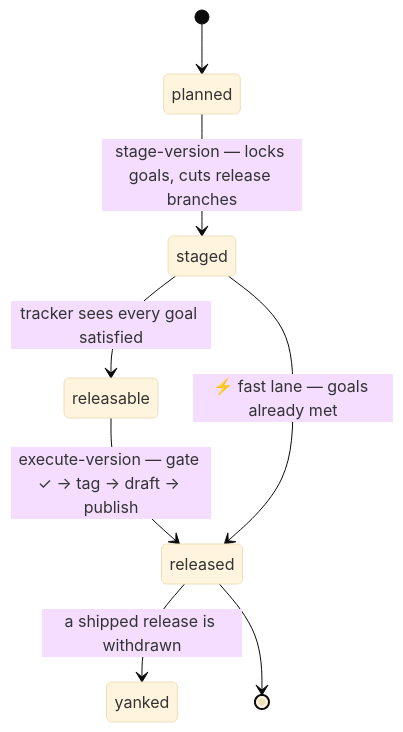
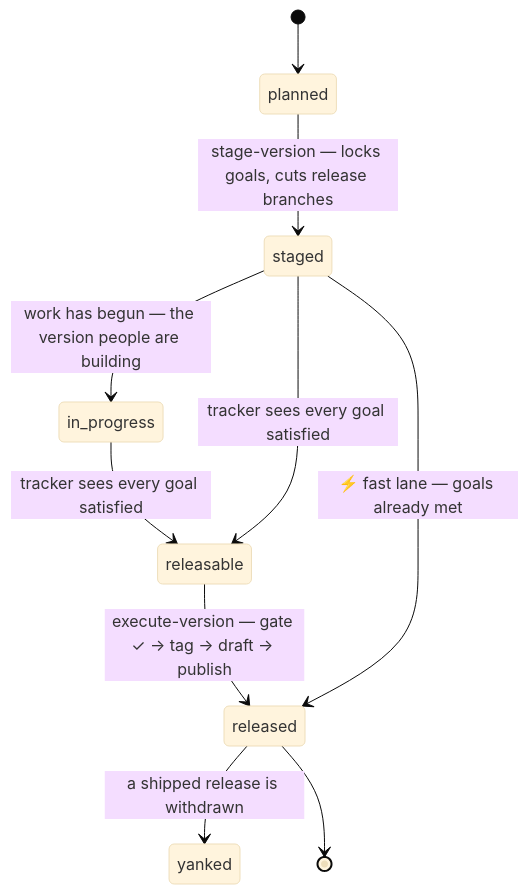
One commit to lemonfiber/spec changed the diagram in 70-operations/staging.md. Above: the diagram before and after it, drawn with Mermaid (base theme). The commit also changed other lines of this file and 35 other files, not shown here.

````diff
--- a/70-operations/staging.md
+++ b/70-operations/staging.md
@@ -52,10 +52,12 @@
 ```mermaid
 stateDiagram-v2
     [*] --> planned
     planned --> staged: stage-version — locks goals, cuts release branches
+    staged --> in_progress: work has begun — the version people are building
+    in_progress --> releasable: tracker sees every goal satisfied
     staged --> releasable: tracker sees every goal satisfied
     releasable --> released: execute-version — gate ✓ → tag → draft → publish
     staged --> released: ⚡ fast lane — goals already met
     released --> yanked: a shipped release is withdrawn
     released --> [*]
 ```
````
